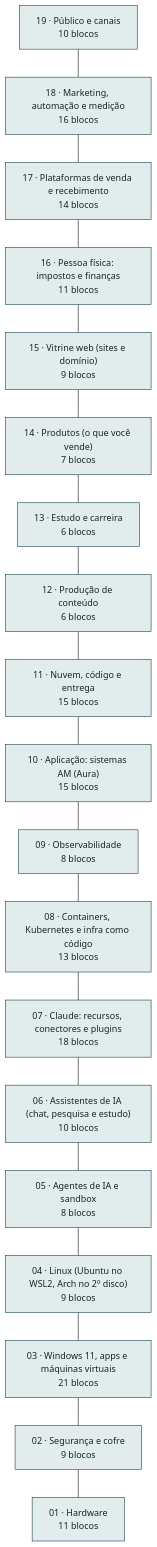
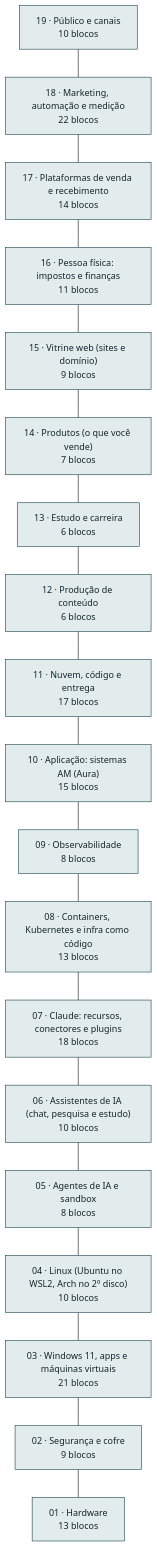
Before and after one commit to AlanMateus17/dev-setup: the diagram in docs/arquitetura.md, drawn with Mermaid (forest theme). The commit also changed other lines of this file and 21 other files, not shown here.

````diff
--- a/docs/arquitetura.md
+++ b/docs/arquitetura.md
@@ -10,42 +10,42 @@
 ```mermaid
 flowchart TB
   L_pub["19 · Público e canais<br/>10 blocos"]
-  L_mkt["18 · Marketing, automação e medição<br/>16 blocos"]
+  L_mkt["18 · Marketing, automação e medição<br/>22 blocos"]
   L_venda["17 · Plataformas de venda e recebimento<br/>14 blocos"]
   L_emp["16 · Pessoa física: impostos e finanças<br/>11 blocos"]
   L_web["15 · Vitrine web (sites e domínio)<br/>9 blocos"]
   L_prod["14 · Produtos (o que você vende)<br/>7 blocos"]
   L_est["13 · Estudo e carreira<br/>6 blocos"]
   L_cont["12 · Produção de conteúdo<br/>6 blocos"]
-  L_nuvem["11 · Nuvem, código e entrega<br/>15 blocos"]
+  L_nuvem["11 · Nuvem, código e entrega<br/>17 blocos"]
   L_app["10 · Aplicação: sistemas AM (Aura)<br/>15 blocos"]
   L_obs["09 · Observabilidade<br/>8 blocos"]
   L_cnt["08 · Containers, Kubernetes e infra como código<br/>13 blocos"]
   L_clc["07 · Claude: recursos, conectores e plugins<br/>18 blocos"]
   L_chat["06 · Assistentes de IA (chat, pesquisa e estudo)<br/>10 blocos"]
   L_ia["05 · Agentes de IA e sandbox<br/>8 blocos"]
-  L_lin["04 · Linux (Ubuntu no WSL2, Arch no 2º disco)<br/>9 blocos"]
+  L_lin["04 · Linux (Ubuntu no WSL2, Arch no 2º disco)<br/>10 blocos"]
   L_win["03 · Windows 11, apps e máquinas virtuais<br/>21 blocos"]
   L_seg["02 · Segurança e cofre<br/>9 blocos"]
-  L_hw["01 · Hardware<br/>11 blocos"]
+  L_hw["01 · Hardware<br/>13 blocos"]
   L_pub --- L_mkt
   L_mkt --- L_venda
   L_venda --- L_emp
   L_emp --- L_web
   L_web --- L_prod
   L_prod --- L_est
   L_est --- L_cont
   L_cont --- L_nuvem
   L_nuvem --- L_app
   L_app --- L_obs
   L_obs --- L_cnt
   L_cnt --- L_clc
   L_clc --- L_chat
   L_chat --- L_ia
   L_ia --- L_lin
   L_lin --- L_win
   L_win --- L_seg
   L_seg --- L_hw
   classDef cam fill:#e2ecec,stroke:#0e3a45,color:#13262b
   class L_pub,L_mkt,L_venda,L_emp,L_web,L_prod,L_est,L_cont,L_nuvem,L_app,L_obs,L_cnt,L_clc,L_chat,L_ia,L_lin,L_win,L_seg,L_hw cam
 ```
````
